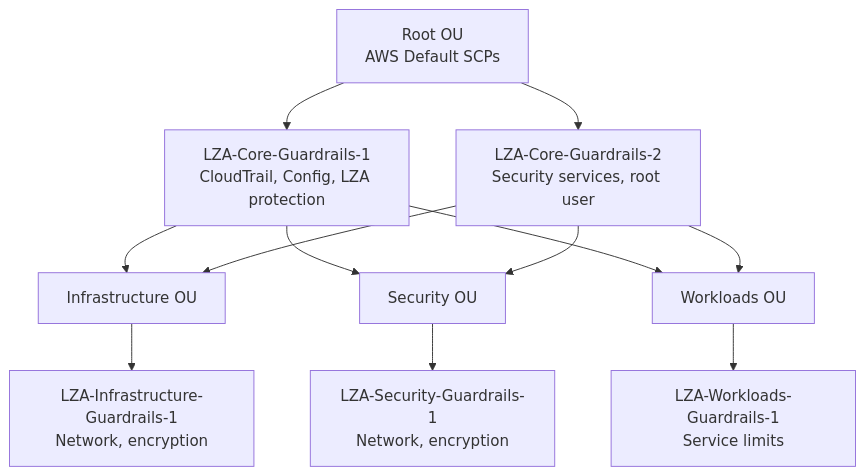
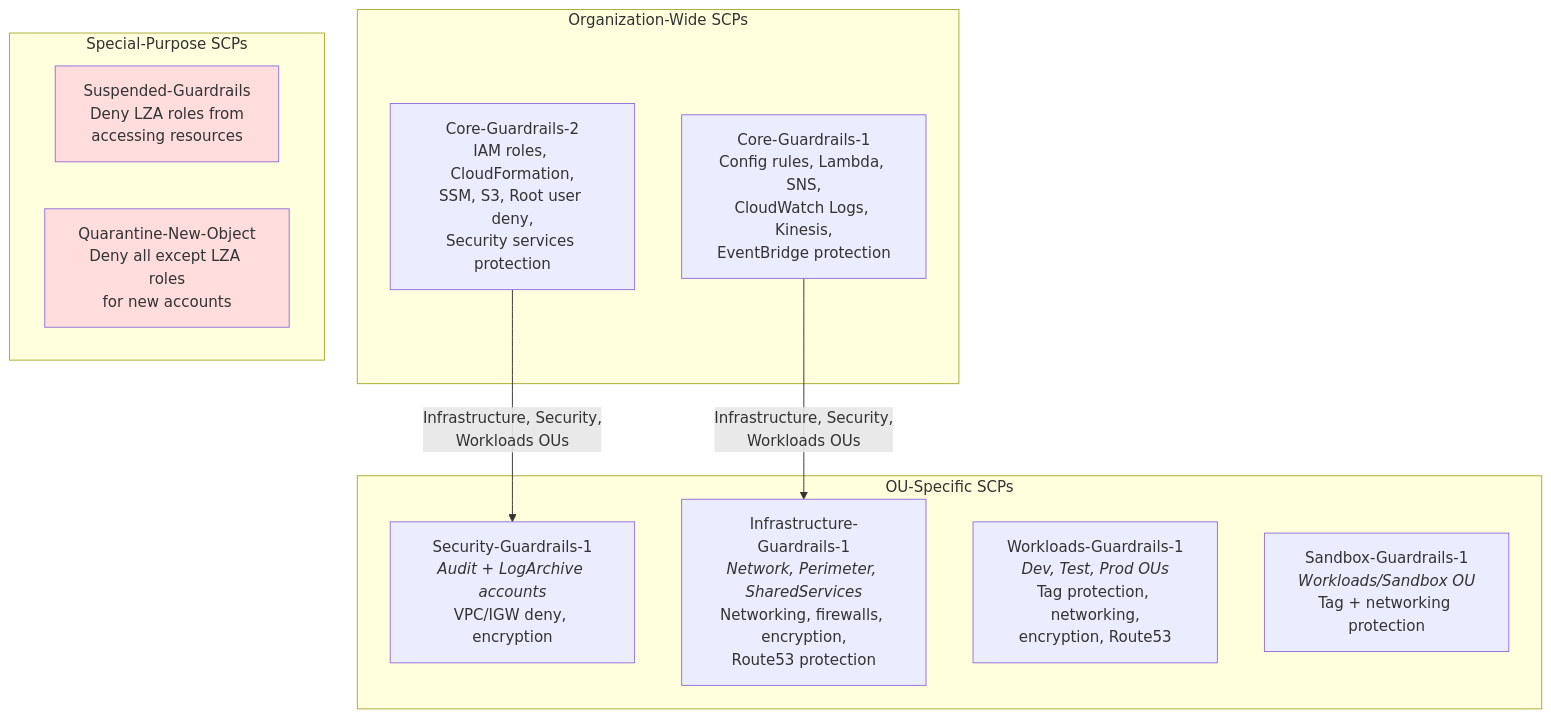
Before and after one commit to co-cddo/ndx-try-arch: the second of 2 diagrams in docs/40-lza-configuration.md, drawn with Mermaid. The commit also changed other lines of this file and 41 other files, not shown here.

First line of the commit message:
docs: update NDX architecture documentation (#9)

````diff
--- a/docs/40-lza-configuration.md
+++ b/docs/40-lza-configuration.md
@@ -223,19 +177,25 @@
 ```mermaid
 graph TB
-    ROOT[Root OU<br/>AWS Default SCPs]
+    subgraph "Organization-Wide SCPs"
+        CORE1["Core-Guardrails-1<br/>Config rules, Lambda, SNS,<br/>CloudWatch Logs, Kinesis,<br/>EventBridge protection"]
+        CORE2["Core-Guardrails-2<br/>IAM roles, CloudFormation,<br/>SSM, S3, Root user deny,<br/>Security services protection"]
+    end
 
-    ROOT --> CORE1[LZA-Core-Guardrails-1<br/>CloudTrail, Config, LZA protection]
-    ROOT --> CORE2[LZA-Core-Guardrails-2<br/>Security services, root user]
+    subgraph "OU-Specific SCPs"
+        SEC_G["Security-Guardrails-1<br/><i>Audit + LogArchive accounts</i><br/>VPC/IGW deny, encryption"]
+        INFRA_G["Infrastructure-Guardrails-1<br/><i>Network, Perimeter, SharedServices</i><br/>Networking, firewalls, encryption,<br/>Route53 protection"]
+        WL_G["Workloads-Guardrails-1<br/><i>Dev, Test, Prod OUs</i><br/>Tag protection, networking,<br/>encryption, Route53"]
+        SB_G["Sandbox-Guardrails-1<br/><i>Workloads/Sandbox OU</i><br/>Tag + networking protection"]
+    end
 
-    CORE1 --> INFRA[Infrastructure OU]
-    CORE1 --> SECURITY[Security OU]
-    CORE1 --> WORKLOADS[Workloads OU]
+    subgraph "Special-Purpose SCPs"
+        SUSP["Suspended-Guardrails<br/>Deny LZA roles from<br/>accessing resources"]
+        QUAR["Quarantine-New-Object<br/>Deny all except LZA roles<br/>for new accounts"]
+    end
 
-    CORE2 --> INFRA
-    CORE2 --> SECURITY
-    CORE2 --> WORKLOADS
+    CORE1 --> |"Infrastructure, Security,<br/>Workloads OUs"| INFRA_G
+    CORE2 --> |"Infrastructure, Security,<br/>Workloads OUs"| SEC_G
 
-    INFRA --> INFRA_G1[LZA-Infrastructure-Guardrails-1<br/>Network, encryption]
-    SECURITY --> SEC_G1[LZA-Security-Guardrails-1<br/>Network, encryption]
-    WORKLOADS --> WL_G1[LZA-Workloads-Guardrails-1<br/>Service limits]
+    style SUSP fill:#fdd
+    style QUAR fill:#fdd
 ```
````
